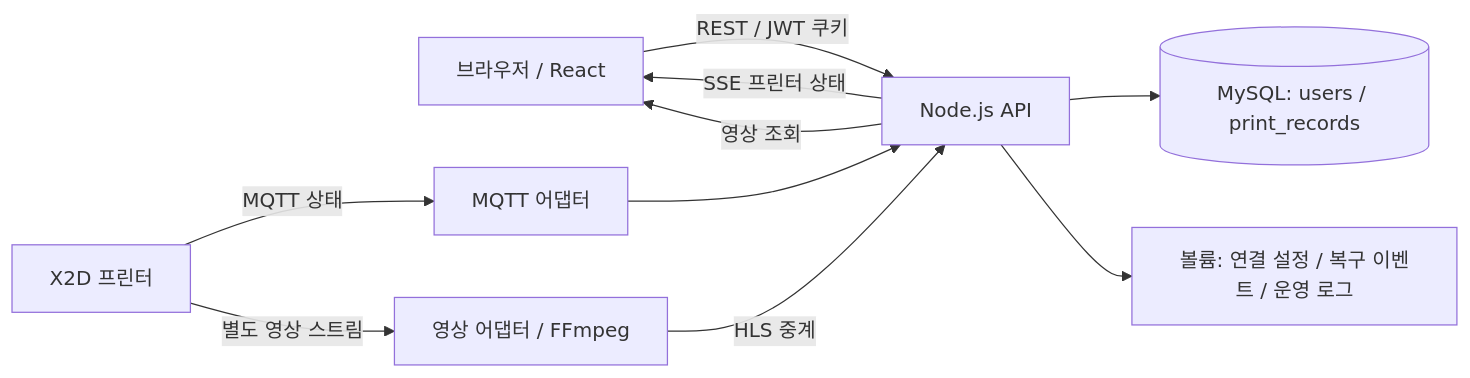
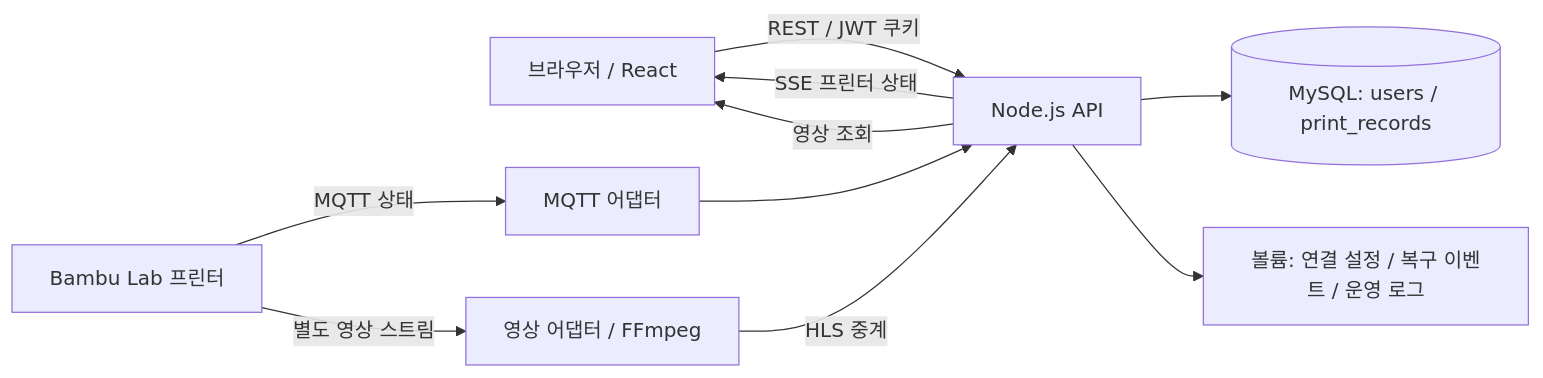
Before and after one commit to mimeworld/Bamboolab_monitor_page: the diagram in README.md, drawn with Mermaid. The commit also changed other lines of this file and 26 other files, not shown here.

````diff
--- a/README.md
+++ b/README.md
@@ -58,12 +58,12 @@
 ```mermaid
 flowchart LR
     U[브라우저 / React] -->|REST / JWT 쿠키| A[Node.js API]
     A -->|SSE 프린터 상태| U
-    P[X2D 프린터] -->|MQTT 상태| M[MQTT 어댑터]
+    P[Bambu Lab 프린터] -->|MQTT 상태| M[MQTT 어댑터]
     M --> A
     P -->|별도 영상 스트림| C[영상 어댑터 / FFmpeg]
     C -->|HLS 중계| A
     A -->|영상 조회| U
     A --> D[(MySQL: users / print_records)]
     A --> F[볼륨: 연결 설정 / 복구 이벤트 / 운영 로그]
 ```
````
